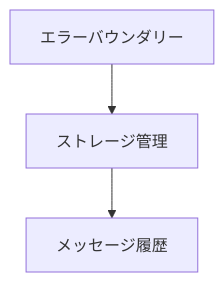
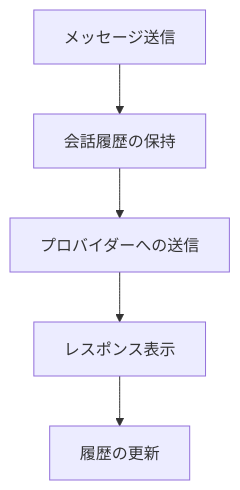
Before and after one commit to x4066x/open-sidepanel: the fifth of 5 diagrams in docs/v0.1.0/development_steps.md, drawn with Mermaid. The commit also changed other lines of this file and 6 other files, not shown here.

````diff
--- a/docs/v0.1.0/development_steps.md
+++ b/docs/v0.1.0/development_steps.md
@@ -98,5 +199,7 @@
 ```mermaid
 graph TD
-    A[エラーバウンダリー] --> B[ストレージ管理]
-    B --> C[メッセージ履歴]
+    A[メッセージ送信] --> B[会話履歴の保持]
+    B --> C[プロバイダーへの送信]
+    C --> D[レスポンス表示]
+    D --> E[履歴の更新]
 ```
````
